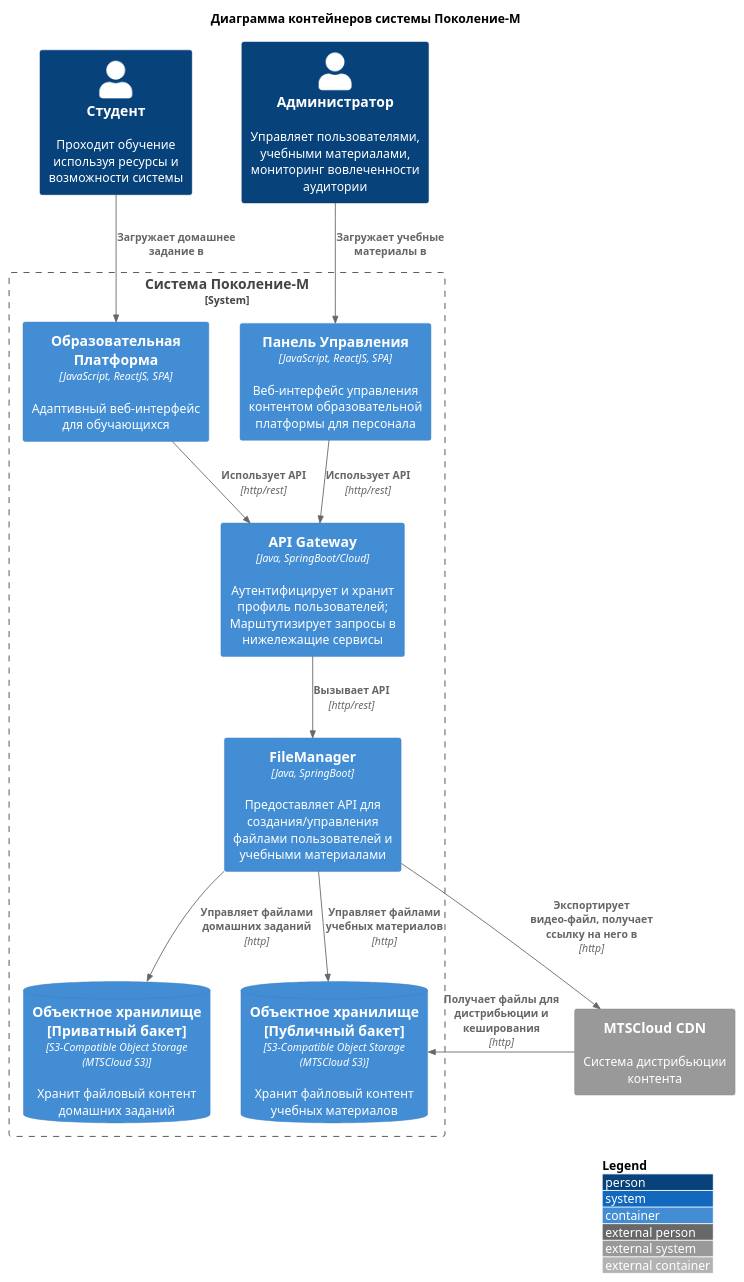
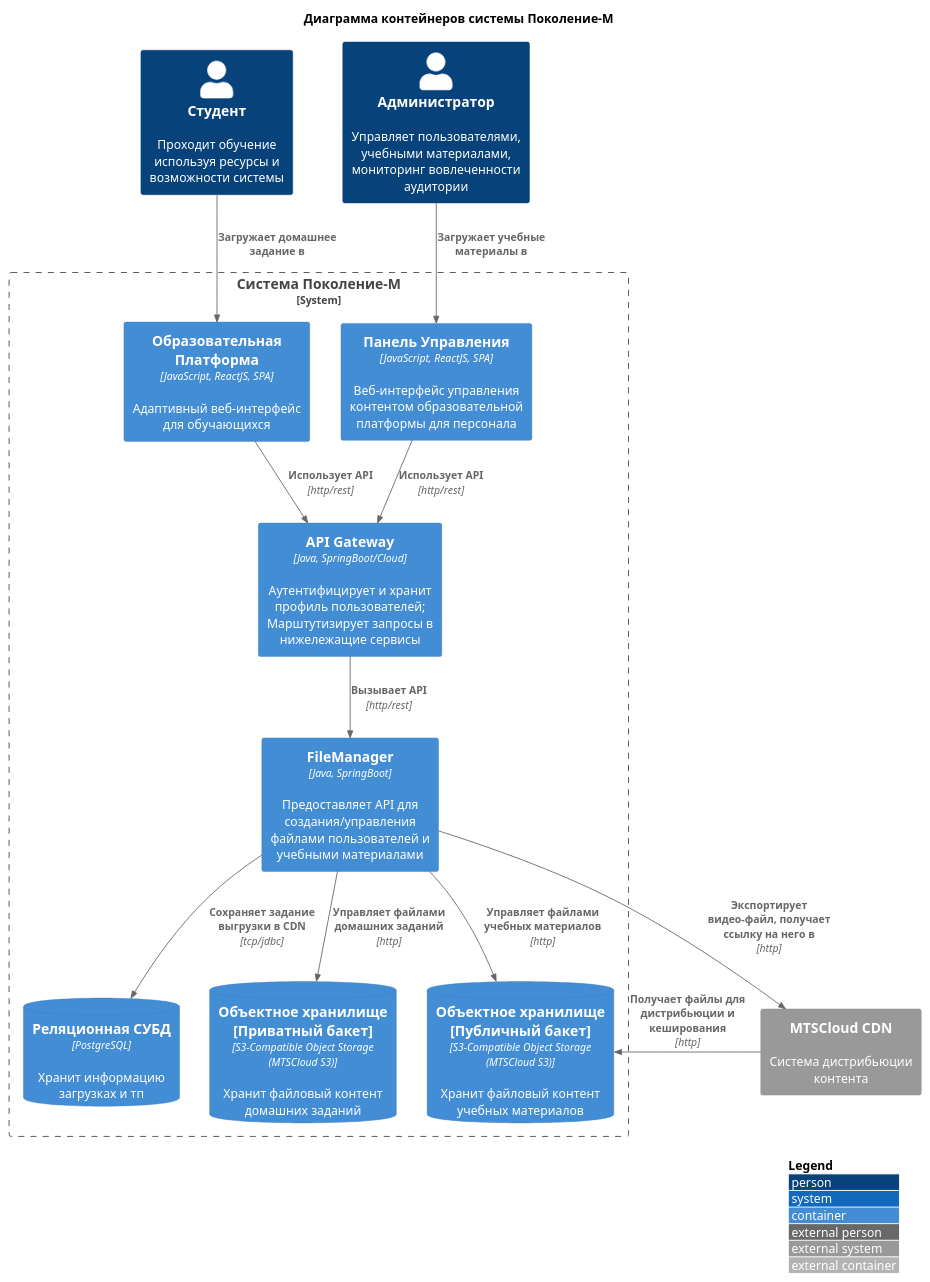
Before and after one commit to karpoftea/mts-kata-2023: the diagram in docs/adr/adr-004-content-storage.md, drawn with PlantUML. The commit also changed other lines of this file and 4 other files, not shown here.

````diff
--- a/docs/adr/adr-004-content-storage.md
+++ b/docs/adr/adr-004-content-storage.md
@@ -39,38 +41,40 @@
 ```plantuml
 @startuml
 !include https://raw.githubusercontent.com/plantuml-stdlib/C4-PlantUML/master/C4_Container.puml
 
 LAYOUT_WITH_LEGEND()
 
 title Диаграмма контейнеров системы Поколение-М
 
 Person(student, "Студент", "Проходит обучение используя ресурсы и возможности системы")
 Person(admin, "Администратор", "Управляет пользователями, учебными материалами, мониторинг вовлеченности аудитории")
 
 System_Boundary(sys, "Система Поколение-М") {
     Container(userwebapp, "Образовательная Платформа", "JavaScript, ReactJS, SPA", "Адаптивный веб-интерфейс для обучающихся")
     Container(adminwebapp, "Панель Управления", "JavaScript, ReactJS, SPA", "Веб-интерфейс управления контентом образовательной платформы для персонала")
     Container(gw, "API Gateway", "Java, SpringBoot/Cloud", "Аутентифицирует и хранит профиль пользователей; Марштутизирует запросы в нижележащие сервисы")
     Container(fm, "FileManager", "Java, SpringBoot", "Предоставляет API для создания/управления файлами пользователей и учебными материалами")
+    ContainerDb(dbms, "Реляционная СУБД", "PostgreSQL", "Хранит информацию загрузках и тп")
     ContainerDb(s3private, "Объектное хранилище [Приватный бакет]", "S3-Compatible Object Storage (MTSCloud S3)", "Хранит файловый контент домашних заданий")
     ContainerDb(s3public, "Объектное хранилище [Публичный бакет]", "S3-Compatible Object Storage (MTSCloud S3)", "Хранит файловый контент учебных материалов")
 }
 
 System_Ext(mtscloudcdn, "MTSCloud CDN", "Система дистрибьюции контента")
 
 Rel(admin, adminwebapp, "Загружает учебные материалы в")
 Rel(student, userwebapp, "Загружает домашнее задание в")
 
 Rel(userwebapp, gw, "Использует API", "http/rest")
 Rel(adminwebapp, gw, "Использует API", "http/rest")
 
 Rel(gw, fm, "Вызывает API", "http/rest")
 
+Rel(fm, dbms, "Сохраняет задание выгрузки в CDN", "tcp/jdbc")
 Rel(fm, s3private, "Управляет файлами домашних заданий", "http")
 Rel(fm, s3public, "Управляет файлами учебных материалов", "http")
 Rel(fm, mtscloudcdn, "Экспортирует видео-файл, получает ссылку на него в", "http")
 
 Rel(mtscloudcdn, s3public, "Получает файлы для дистрибьюции и кеширования", "http")
 
 @enduml
 ```
````
